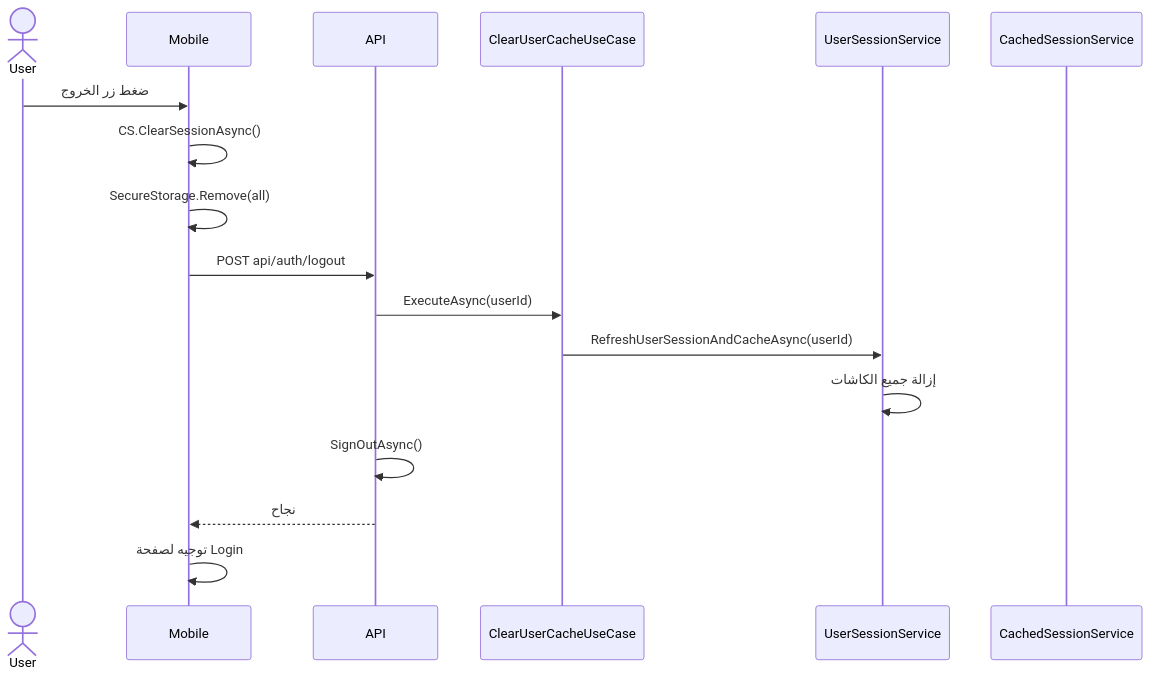
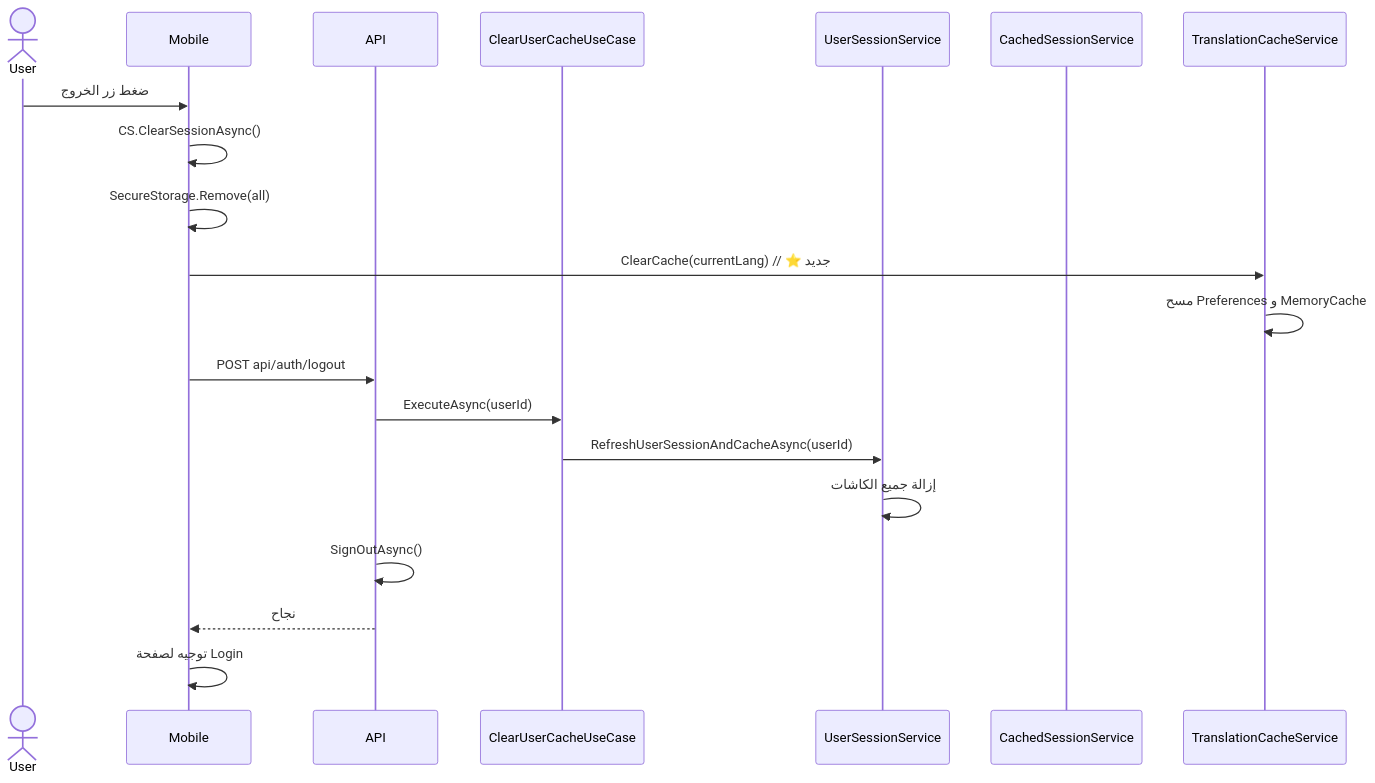
Before and after one commit to Rubikans-Egy/Rubikcare-docs: the third of 3 diagrams in docs/14-caching-system.md, drawn with Mermaid. The commit also changed other lines of this file, not shown here.

````diff
--- a/docs/14-caching-system.md
+++ b/docs/14-caching-system.md
@@ -101,20 +115,23 @@
 ```mermaid
 sequenceDiagram
     actor User
     participant Mobile
     participant API
     participant CUC as ClearUserCacheUseCase
     participant USS as UserSessionService
     participant CS as CachedSessionService
+    participant TCS as TranslationCacheService
 
     User->>Mobile: ضغط زر الخروج
     Mobile->>Mobile: CS.ClearSessionAsync()
     Mobile->>Mobile: SecureStorage.Remove(all)
+    Mobile->>TCS: ClearCache(currentLang)  // ⭐ جديد
+    TCS->>TCS: مسح Preferences و MemoryCache
     Mobile->>API: POST api/auth/logout
     API->>CUC: ExecuteAsync(userId)
     CUC->>USS: RefreshUserSessionAndCacheAsync(userId)
     USS->>USS: إزالة جميع الكاشات
     API->>API: SignOutAsync()
     API-->>Mobile: نجاح
     Mobile->>Mobile: توجيه لصفحة Login
 ```
````
